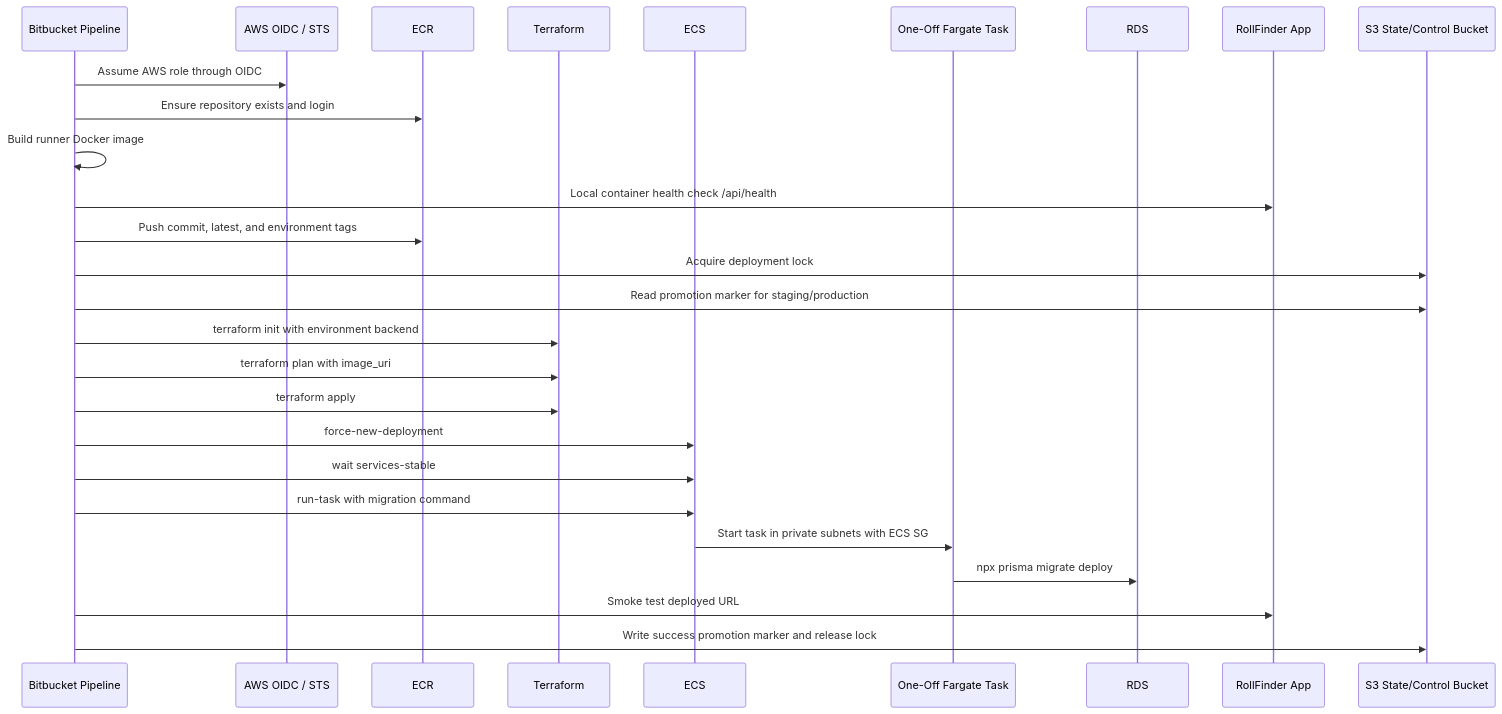
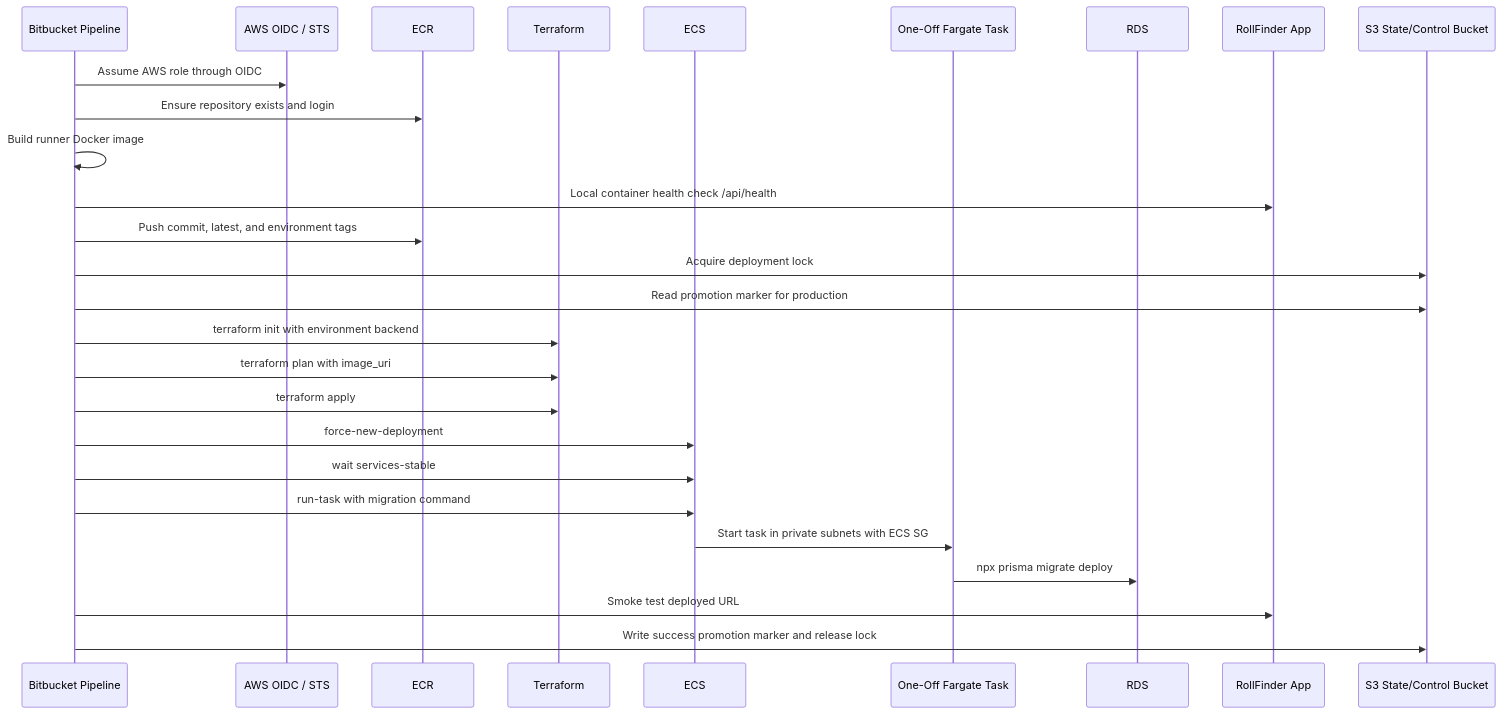
The third of 3 diagrams in docs/architecture/deployment-flow.md (miljimo/rollfinders), drawn with Mermaid before and after one commit. The commit also changed other lines of this file and 26 other files, not shown here.

````diff
--- a/docs/architecture/deployment-flow.md
+++ b/docs/architecture/deployment-flow.md
@@ -80,30 +74,30 @@
 ```mermaid
 sequenceDiagram
   participant Pipeline as Bitbucket Pipeline
   participant AWS as AWS OIDC / STS
   participant ECR as ECR
   participant TF as Terraform
   participant ECS as ECS
   participant Mig as One-Off Fargate Task
   participant DB as RDS
   participant App as RollFinder App
   participant S3 as S3 State/Control Bucket
 
   Pipeline->>AWS: Assume AWS role through OIDC
   Pipeline->>ECR: Ensure repository exists and login
   Pipeline->>Pipeline: Build runner Docker image
   Pipeline->>App: Local container health check /api/health
   Pipeline->>ECR: Push commit, latest, and environment tags
   Pipeline->>S3: Acquire deployment lock
-  Pipeline->>S3: Read promotion marker for staging/production
+  Pipeline->>S3: Read promotion marker for production
   Pipeline->>TF: terraform init with environment backend
   Pipeline->>TF: terraform plan with image_uri
   Pipeline->>TF: terraform apply
   Pipeline->>ECS: force-new-deployment
   Pipeline->>ECS: wait services-stable
   Pipeline->>ECS: run-task with migration command
   ECS->>Mig: Start task in private subnets with ECS SG
   Mig->>DB: npx prisma migrate deploy
   Pipeline->>App: Smoke test deployed URL
   Pipeline->>S3: Write success promotion marker and release lock
 ```
````
